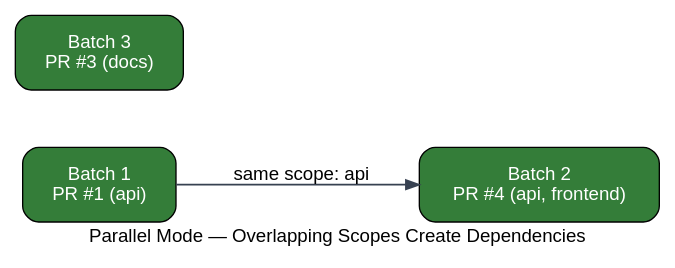
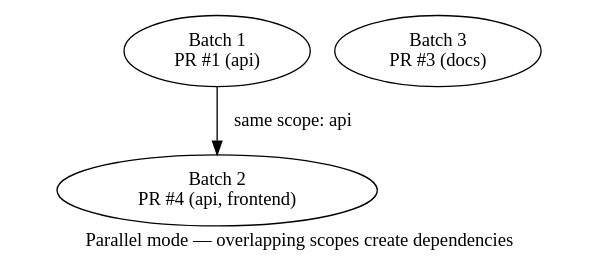
The third of 5 diagrams in src/content/docs/merge-queue/queue-modes.mdx (Mergifyio/docs), drawn with Graphviz before and after one commit. The commit also changed other lines of this file and 20 other files, not shown here.

````diff
--- a/src/content/docs/merge-queue/queue-modes.mdx
+++ b/src/content/docs/merge-queue/queue-modes.mdx
@@ -126,20 +106,11 @@
-```dot class="graph"
-strict digraph {
-  fontname="sans-serif";
-  rankdir="LR";
-  label="Parallel Mode — Overlapping Scopes Create Dependencies";
-  nodesep=0.6;
-  ranksep=1.0;
-
-  node [shape=box, style="rounded,filled", fontcolor="white", fontname="sans-serif", margin="0.3,0.18"];
-  edge [color="#374151", arrowhead=normal, penwidth=1.2, fontname="sans-serif"];
-
-  PR1 [label="Batch 1\nPR #1 (api)", fillcolor="#347D39"];
-  PR4 [label="Batch 2\nPR #4 (api, frontend)", fillcolor="#347D39"];
-  PR3 [label="Batch 3\nPR #3 (docs)", fillcolor="#347D39"];
+```dot class="queue"
+digraph {
+  label="Parallel mode — overlapping scopes create dependencies";
+  PR1 [label="Batch 1\nPR #1 (api)", class="queued"];
+  PR4 [label="Batch 2\nPR #4 (api, frontend)", class="queued"];
+  PR3 [label="Batch 3\nPR #3 (docs)", class="queued"];
 
   PR1 -> PR4 [label="same scope: api"];
-
   { rank=same; PR1; PR3; }
 }
 ```
````
